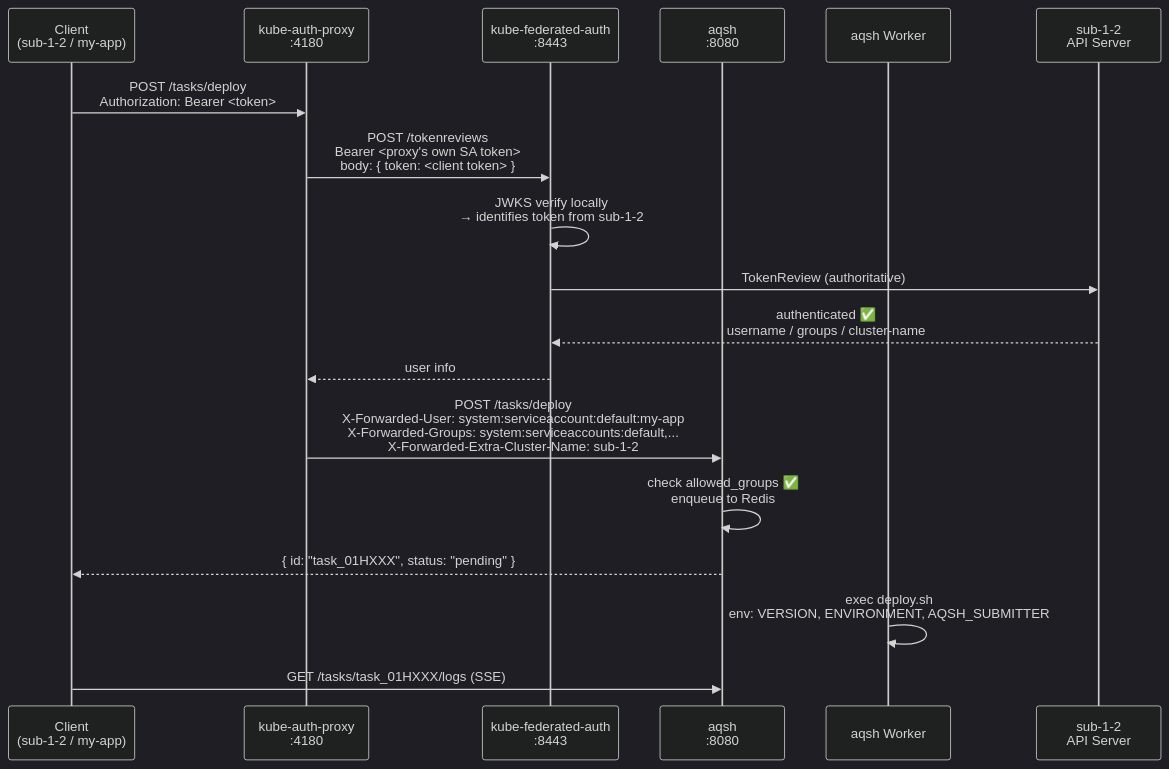
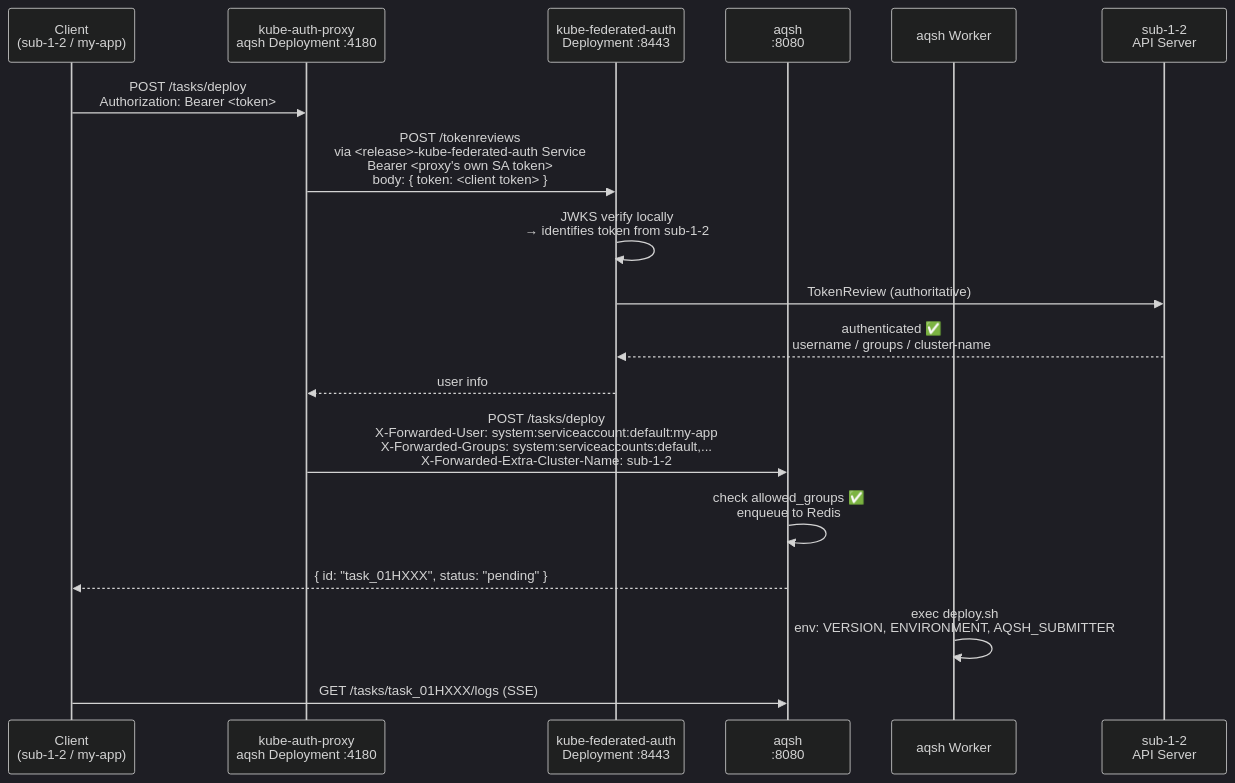
The second of 3 diagrams in README_SIMPLE.md (i7ppBeer/kube-federated-auth-aqsh), drawn with Mermaid (dark theme) before and after one commit. The commit also changed other lines of this file and 9 other files, not shown here.

Commit message:
refactor: split into independent Deployments, add aqsh-with-proxy example

````diff
--- a/README_SIMPLE.md
+++ b/README_SIMPLE.md
@@ -84,27 +103,27 @@
 ```mermaid
 sequenceDiagram
     participant Client as Client<br/>(sub-1-2 / my-app)
-    participant Proxy as kube-auth-proxy<br/>:4180
-    participant KFA as kube-federated-auth<br/>:8443
+    participant Proxy as kube-auth-proxy<br/>aqsh Deployment :4180
+    participant KFA as kube-federated-auth<br/>Deployment :8443
     participant AQSH as aqsh<br/>:8080
     participant Worker as aqsh Worker
     participant Remote as sub-1-2<br/>API Server
 
     Client->>Proxy: POST /tasks/deploy<br/>Authorization: Bearer <token>
 
-    Proxy->>KFA: POST /tokenreviews<br/>Bearer <proxy's own SA token><br/>body: { token: <client token> }
+    Proxy->>KFA: POST /tokenreviews<br/>via <release>-kube-federated-auth Service<br/>Bearer <proxy's own SA token><br/>body: { token: <client token> }
 
     KFA->>KFA: JWKS verify locally<br/>→ identifies token from sub-1-2
     KFA->>Remote: TokenReview (authoritative)
     Remote-->>KFA: authenticated ✅<br/>username / groups / cluster-name
 
     KFA-->>Proxy: user info
 
     Proxy->>AQSH: POST /tasks/deploy<br/>X-Forwarded-User: system:serviceaccount:default:my-app<br/>X-Forwarded-Groups: system:serviceaccounts:default,...<br/>X-Forwarded-Extra-Cluster-Name: sub-1-2
 
     AQSH->>AQSH: check allowed_groups ✅<br/>enqueue to Redis
     AQSH-->>Client: { id: "task_01HXXX", status: "pending" }
 
     Worker->>Worker: exec deploy.sh<br/>env: VERSION, ENVIRONMENT, AQSH_SUBMITTER
     Client->>AQSH: GET /tasks/task_01HXXX/logs (SSE)
 ```
````
